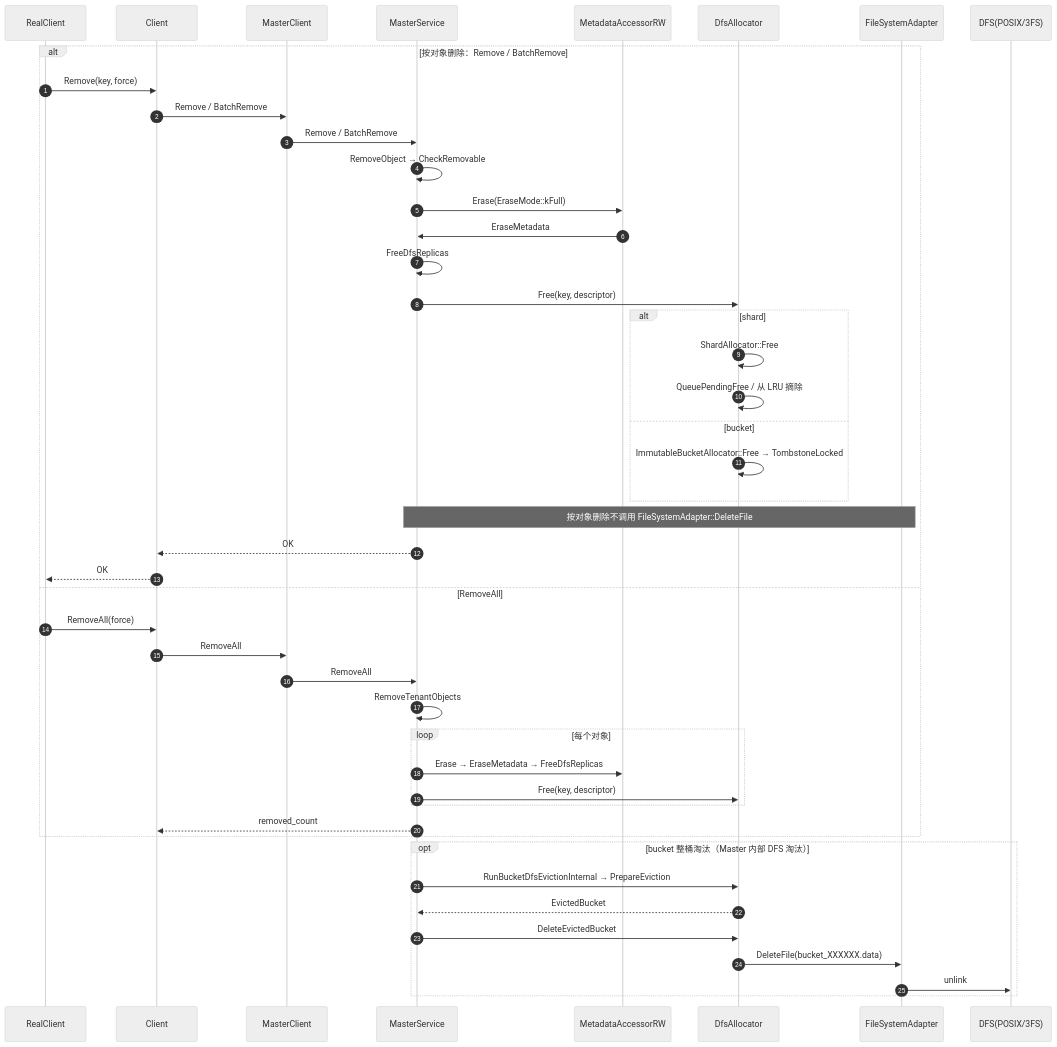
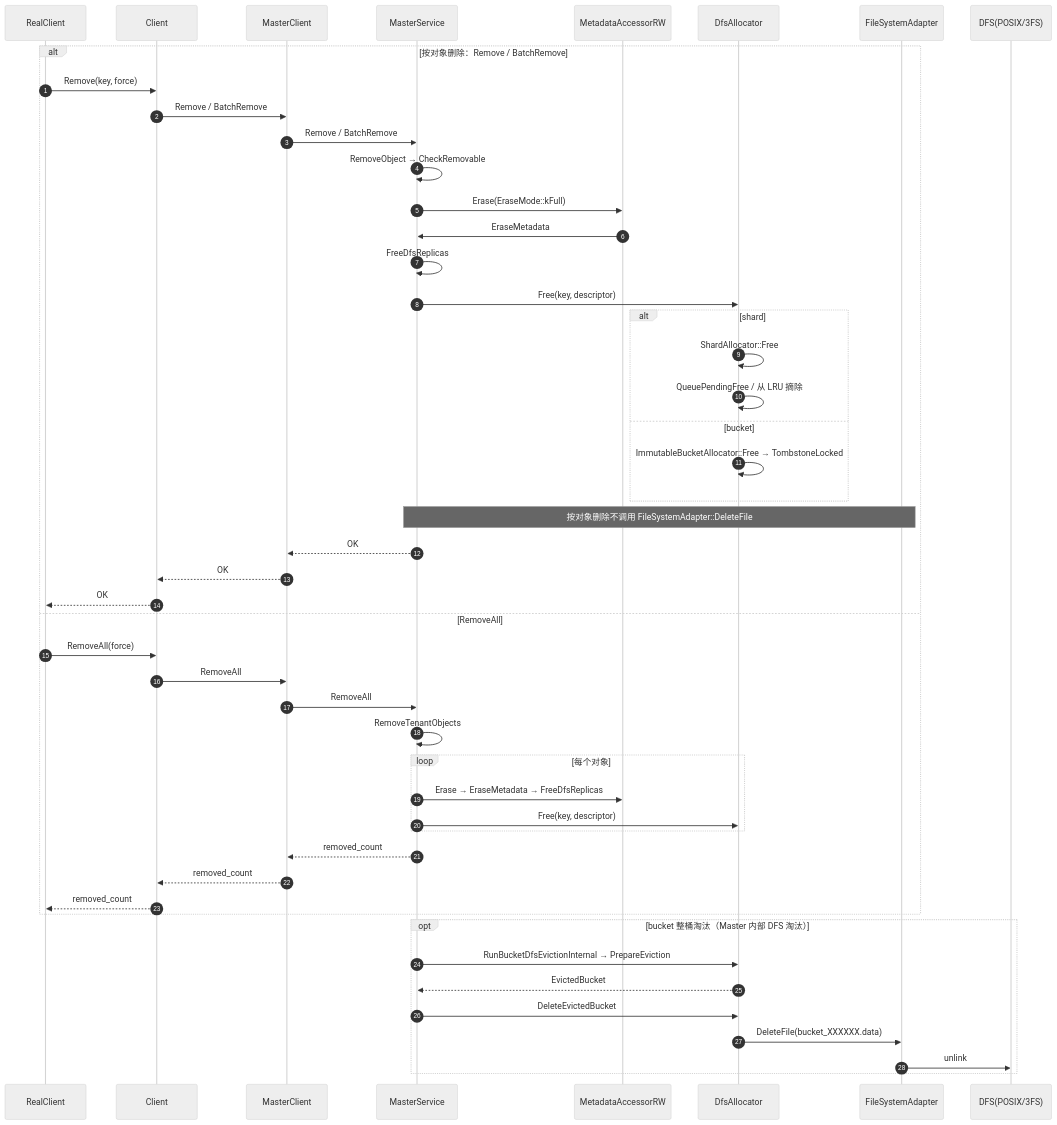
Before and after one commit to zwj20000328-dotcom/Mooncake-documents: the eighth of 10 diagrams in Mooncake-DFS-五阶段类图与时序图.md, drawn with Mermaid (neutral theme). The commit also changed other lines of this file, not shown here.

Commit message:
modified:   Mooncake-DFS-五阶段类图与时序图.md

````diff
--- a/Mooncake-DFS-五阶段类图与时序图.md
+++ b/Mooncake-DFS-五阶段类图与时序图.md
@@ -554,50 +570,53 @@
 ```mermaid
 sequenceDiagram
     autonumber
     participant RC as RealClient
     participant C as Client
     participant MC as MasterClient
     participant MS as MasterService
     participant RW as MetadataAccessorRW
     participant DA as DfsAllocator
     participant AD as FileSystemAdapter
     participant DFS as DFS(POSIX/3FS)
 
     alt 按对象删除：Remove / BatchRemove
         RC->>C: Remove(key, force)
         C->>MC: Remove / BatchRemove
         MC->>MS: Remove / BatchRemove
         MS->>MS: RemoveObject → CheckRemovable
         MS->>RW: Erase(EraseMode::kFull)
         RW->>MS: EraseMetadata
         MS->>MS: FreeDfsReplicas
         MS->>DA: Free(key, descriptor)
         alt shard
             DA->>DA: ShardAllocator::Free
             DA->>DA: QueuePendingFree / 从 LRU 摘除
         else bucket
             DA->>DA: ImmutableBucketAllocator::Free → TombstoneLocked
         end
         Note over MS,AD: 按对象删除不调用 FileSystemAdapter::DeleteFile
-        MS-->>C: OK
+        MS-->>MC: OK
+        MC-->>C: OK
         C-->>RC: OK
     else RemoveAll
         RC->>C: RemoveAll(force)
         C->>MC: RemoveAll
         MC->>MS: RemoveAll
         MS->>MS: RemoveTenantObjects
         loop 每个对象
             MS->>RW: Erase → EraseMetadata → FreeDfsReplicas
             MS->>DA: Free(key, descriptor)
         end
-        MS-->>C: removed_count
+        MS-->>MC: removed_count
+        MC-->>C: removed_count
+        C-->>RC: removed_count
     end
 
     opt bucket 整桶淘汰（Master 内部 DFS 淘汰）
         MS->>DA: RunBucketDfsEvictionInternal → PrepareEviction
         DA-->>MS: EvictedBucket
         MS->>DA: DeleteEvictedBucket
         DA->>AD: DeleteFile(bucket_XXXXXX.data)
         AD->>DFS: unlink
     end
 ```
````
